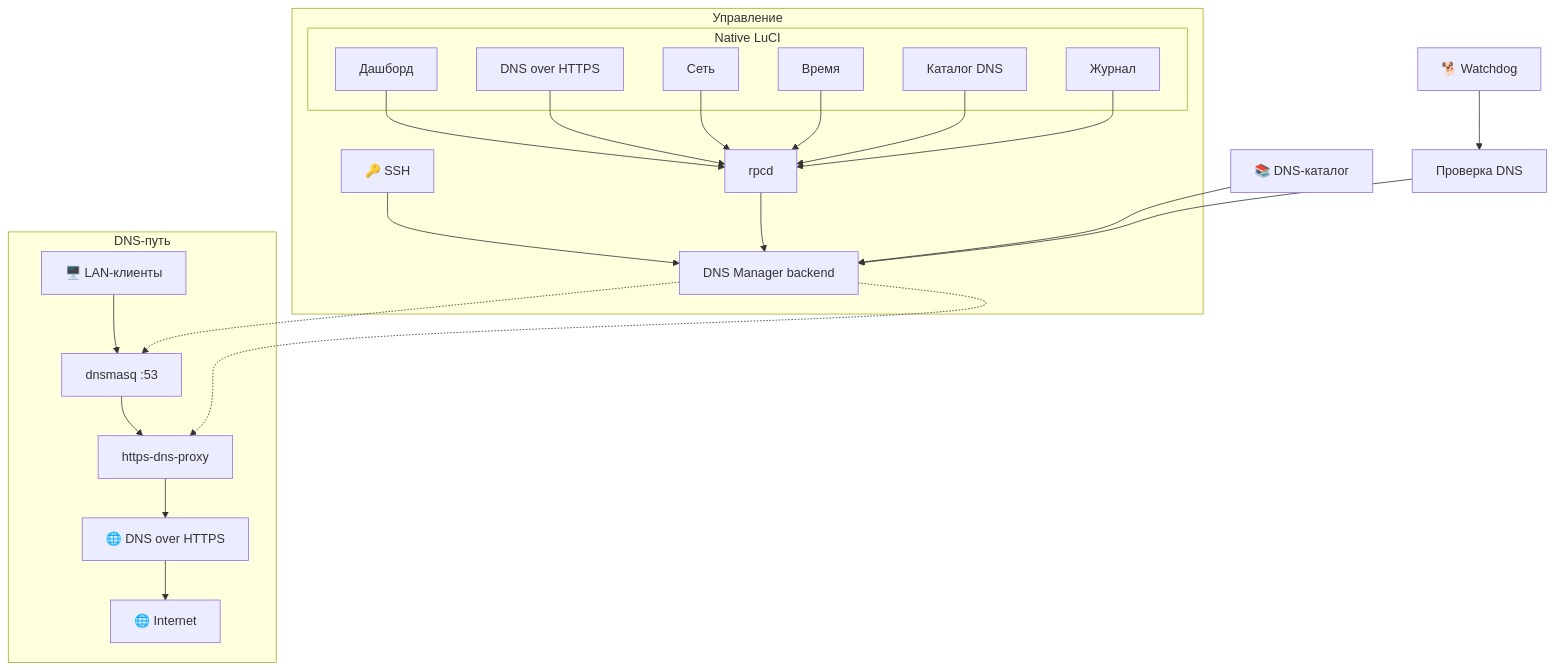
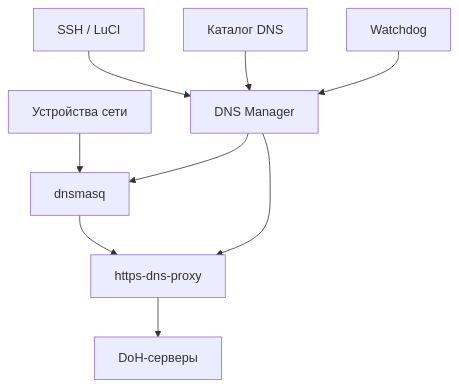
Before and after one commit to PoTuStoronu222/DNS-Manager: the first of 2 diagrams in README.md, drawn with Mermaid.

Commit message:
docs: simplify README architecture diagram

```diff
--- a/README.md
+++ b/README.md
@@ -85,30 +85,12 @@
 ~~~mermaid
 flowchart TB
-    subgraph UI["Управление"]
-        SSH["🔑 SSH"] --> B["DNS Manager backend"]
-        subgraph LUCI["Native LuCI"]
-            P1["Дашборд"]
-            P2["DNS over HTTPS"]
-            P3["Сеть"]
-            P4["Время"]
-            P5["Каталог DNS"]
-            P6["Журнал"]
-        end
-        P1 & P2 & P3 & P4 & P5 & P6 --> RPC["rpcd"]
-        RPC --> B
-    end
+    U["Устройства сети"] --> D["dnsmasq"]
+    D --> H["https-dns-proxy"]
+    H --> S["DoH-серверы"]
 
-    subgraph DNS["DNS-путь"]
-        C["🖥️ LAN-клиенты"] --> D["dnsmasq :53"]
-        D --> H["https-dns-proxy"]
-        H --> I["🌐 DNS over HTTPS"]
-        I --> NET["🌐 Internet"]
-    end
-
-    B -.-> H
-    B -.-> D
-
-    CAT["📚 DNS-каталог"] --> B
-    W["🐕 Watchdog"] --> T["Проверка DNS"]
-    T --> B
+    L["SSH / LuCI"] --> M["DNS Manager"]
+    C["Каталог DNS"] --> M
+    W["Watchdog"] --> M
+    M --> D
+    M --> H
 ~~~
```
